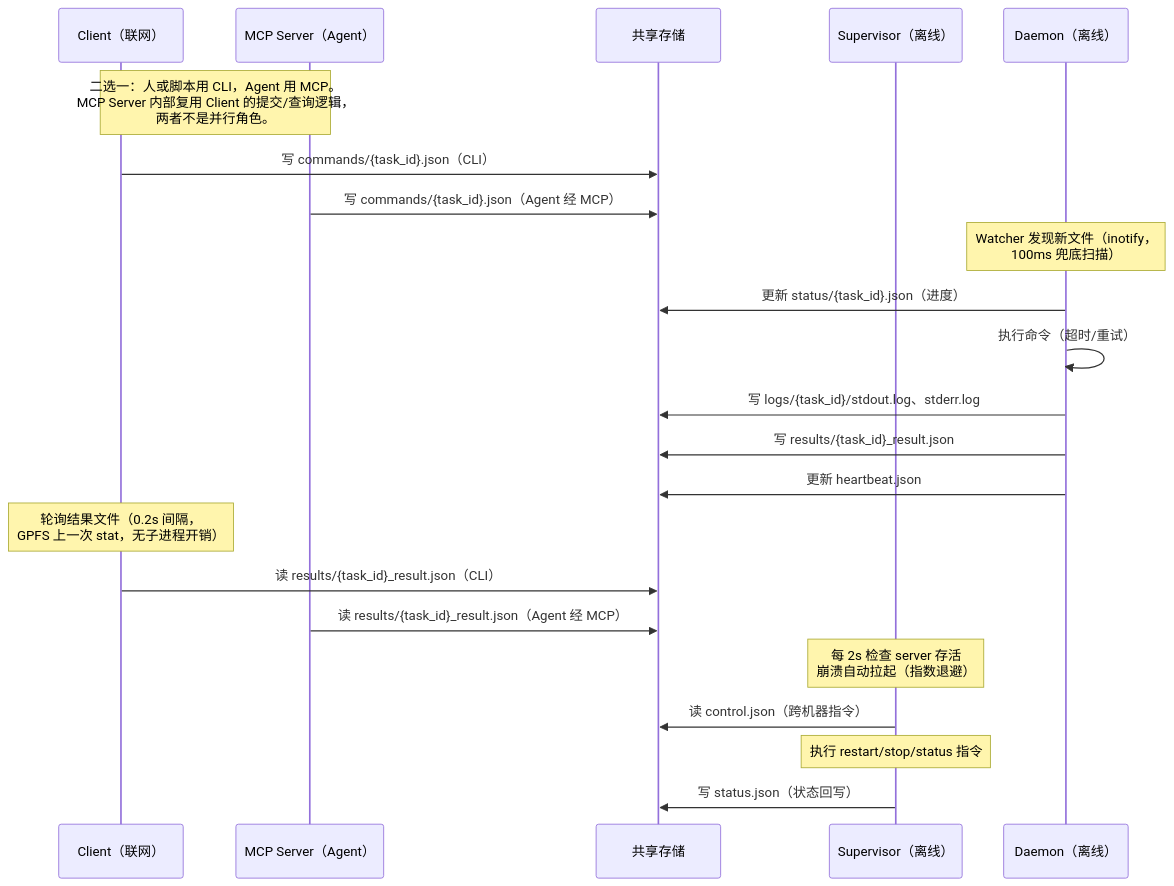
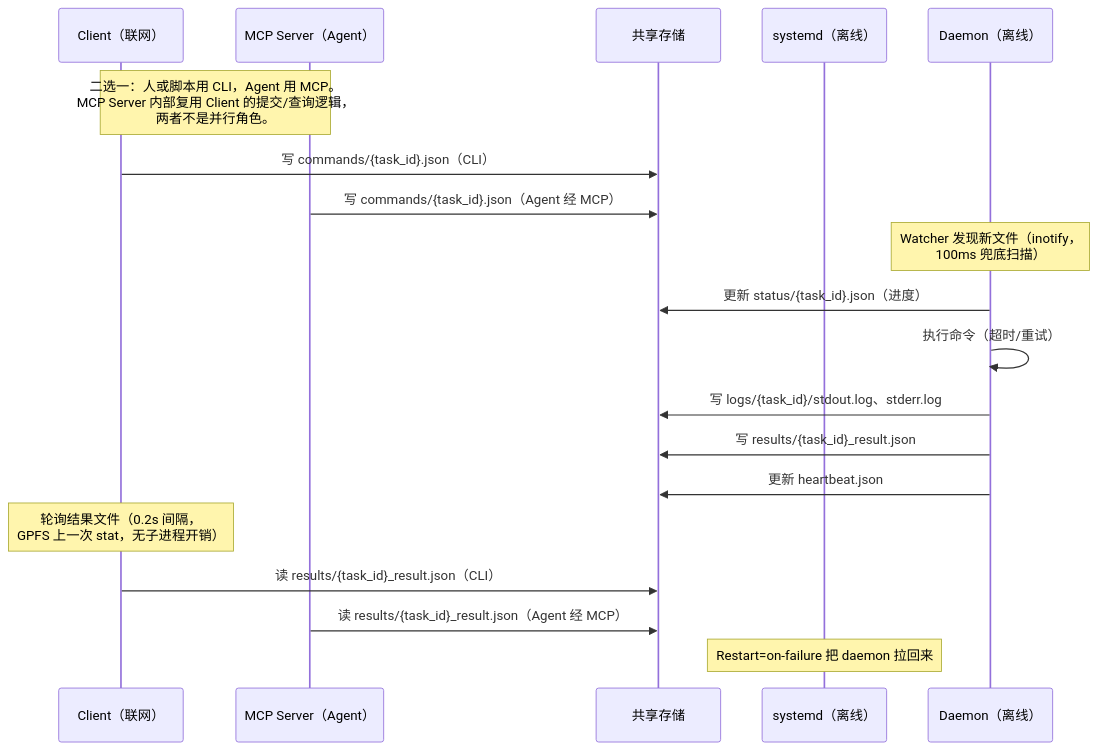
One commit to peterlau123/bifrost changed the third of 3 diagrams in README.zh-CN.md. Above: the diagram before and after it, drawn with Mermaid. The commit also changed other lines of this file and 12 other files, not shown here.

````diff
--- a/README.zh-CN.md
+++ b/README.zh-CN.md
@@ -176,25 +170,22 @@
 ```mermaid
 sequenceDiagram
     participant C as Client（联网）
     participant M as MCP Server（Agent）
     participant S as 共享存储
-    participant V as Supervisor（离线）
+    participant V as systemd（离线）
     participant D as Daemon（离线）
 
     Note over C,M: 二选一：人或脚本用 CLI，Agent 用 MCP。<br/>MCP Server 内部复用 Client 的提交/查询逻辑，<br/>两者不是并行角色。
     C->>S: 写 commands/{task_id}.json（CLI）
     M->>S: 写 commands/{task_id}.json（Agent 经 MCP）
     Note over D: Watcher 发现新文件（inotify，<br/>100ms 兜底扫描）
     D->>S: 更新 status/{task_id}.json（进度）
     D->>D: 执行命令（超时/重试）
     D->>S: 写 logs/{task_id}/stdout.log、stderr.log
     D->>S: 写 results/{task_id}_result.json
     D->>S: 更新 heartbeat.json
     Note over C: 轮询结果文件（0.2s 间隔，<br/>GPFS 上一次 stat，无子进程开销）
     C->>S: 读 results/{task_id}_result.json（CLI）
     M->>S: 读 results/{task_id}_result.json（Agent 经 MCP）
-    Note over V: 每 2s 检查 server 存活<br/>崩溃自动拉起（指数退避）
-    V->>S: 读 control.json（跨机器指令）
-    Note over V: 执行 restart/stop/status 指令
-    V->>S: 写 status.json（状态回写）
+    Note over V: Restart=on-failure 把 daemon 拉回来
 ```
````
